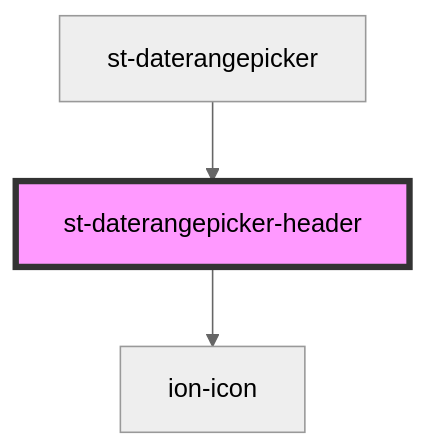
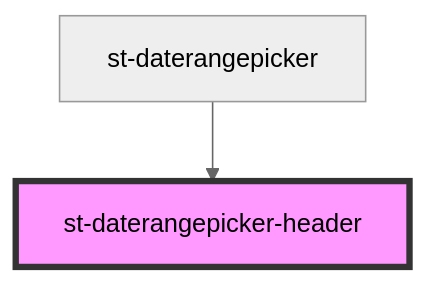
The diagram in src/components/inner-components/st-daterangepicker-header/readme.md (k1laba/st-datepicker), drawn with Mermaid (neutral theme) before and after one commit. The commit also changed other lines of this file and 737 other files, not shown here.

````diff
--- a/src/components/inner-components/st-daterangepicker-header/readme.md
+++ b/src/components/inner-components/st-daterangepicker-header/readme.md
@@ -27,6 +23,5 @@
 ```mermaid
 graph TD;
-  st-daterangepicker-header --> ion-icon
   st-daterangepicker --> st-daterangepicker-header
   style st-daterangepicker-header fill:#f9f,stroke:#333,stroke-width:4px
 ```
````
